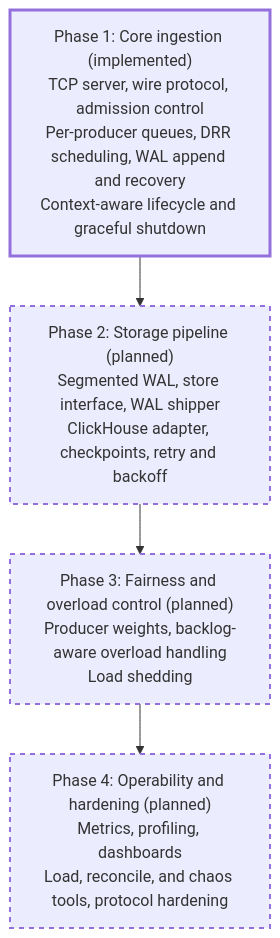
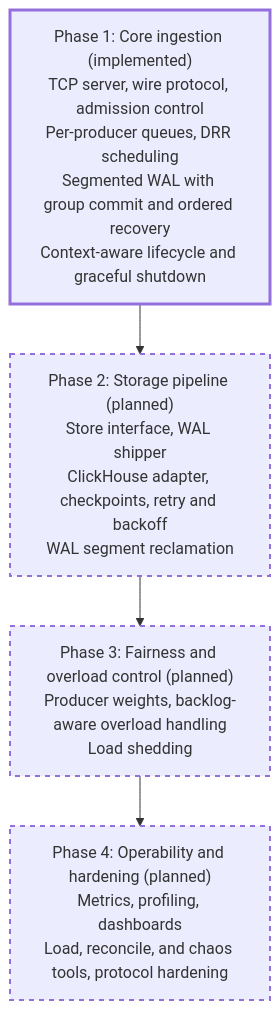
One commit to PratyushVishal11011/Fairgate changed diagram 14 of 14 in README.md. Above: the diagram before and after it, drawn with Mermaid. The commit also changed other lines of this file, not shown here.

Commit message:
feat(wal): add group commit with segmented WAL

````diff
--- a/README.md
+++ b/README.md
@@ -526,14 +583,14 @@
 ```mermaid
 flowchart TD
-    P1["Phase 1: Core ingestion (implemented)<br/>TCP server, wire protocol, admission control<br/>Per-producer queues, DRR scheduling, WAL append and recovery<br/>Context-aware lifecycle and graceful shutdown"]
-    P2["Phase 2: Storage pipeline (planned)<br/>Segmented WAL, store interface, WAL shipper<br/>ClickHouse adapter, checkpoints, retry and backoff"]
+    P1["Phase 1: Core ingestion (implemented)<br/>TCP server, wire protocol, admission control<br/>Per-producer queues, DRR scheduling<br/>Segmented WAL with group commit and ordered recovery<br/>Context-aware lifecycle and graceful shutdown"]
+    P2["Phase 2: Storage pipeline (planned)<br/>Store interface, WAL shipper<br/>ClickHouse adapter, checkpoints, retry and backoff<br/>WAL segment reclamation"]
     P3["Phase 3: Fairness and overload control (planned)<br/>Producer weights, backlog-aware overload handling<br/>Load shedding"]
     P4["Phase 4: Operability and hardening (planned)<br/>Metrics, profiling, dashboards<br/>Load, reconcile, and chaos tools, protocol hardening"]
 
     P1 --> P2 --> P3 --> P4
 
     classDef done stroke-width:3px;
     classDef planned stroke-dasharray: 5 5,stroke-width:2px;
     class P1 done;
     class P2,P3,P4 planned;
 ```
````
